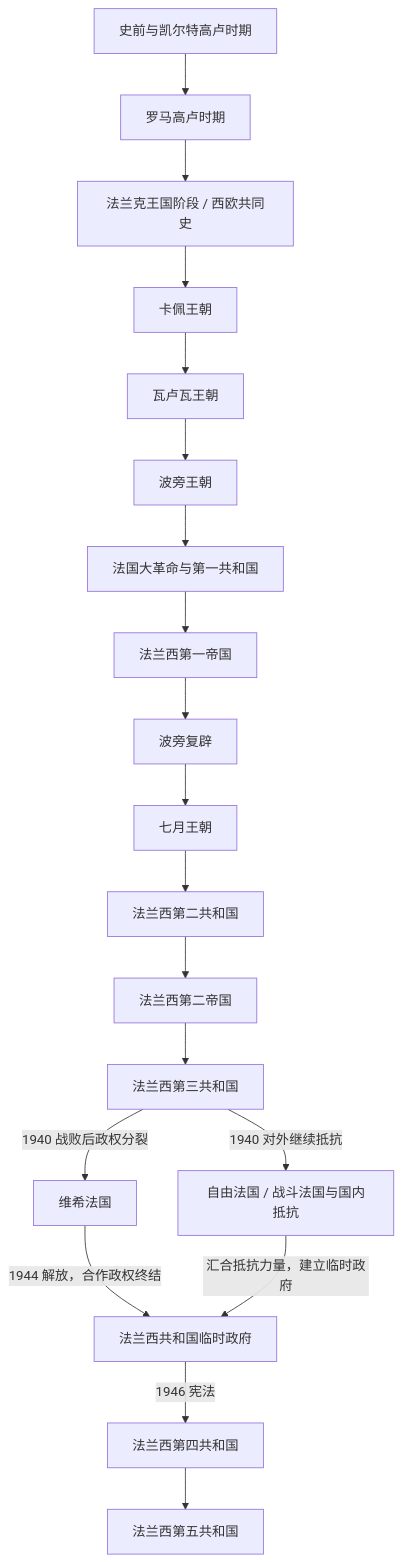
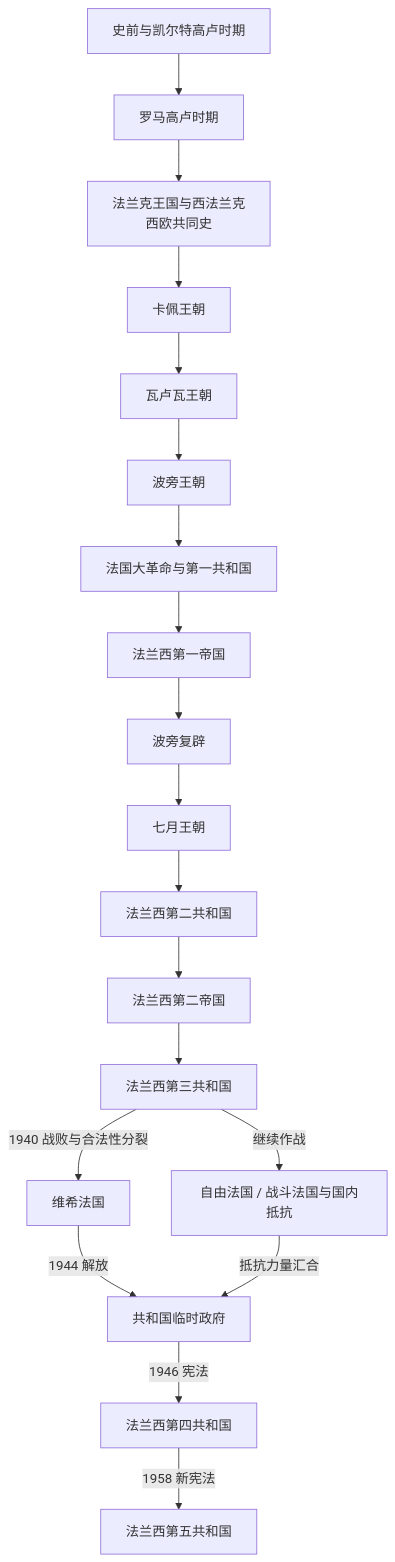
One commit to tianlan-dev/learning-notes changed the diagram in 人文科学/历史/欧洲/法国/README.md. Above: the diagram before and after it, drawn with Mermaid. The commit also changed other lines of this file and 1417 other files, not shown here.

````diff
--- a/人文科学/历史/欧洲/法国/README.md
+++ b/人文科学/历史/欧洲/法国/README.md
@@ -13,39 +13,21 @@
 ```mermaid
 flowchart TD
-    N0["史前与凯尔特高卢时期"]
-    N1["罗马高卢时期"]
-    N2["法兰克王国阶段 / 西欧共同史"]
-    N3["卡佩王朝"]
-    N4["瓦卢瓦王朝"]
-    N5["波旁王朝"]
-    N6["法国大革命与第一共和国"]
-    N7["法兰西第一帝国"]
-    N8["波旁复辟"]
-    N9["七月王朝"]
-    N10["法兰西第二共和国"]
-    N11["法兰西第二帝国"]
-    N12["法兰西第三共和国"]
-    N13V["维希法国"]
-    N13F["自由法国 / 战斗法国与国内抵抗"]
-    N13P["法兰西共和国临时政府"]
-    N14["法兰西第四共和国"]
-    N15["法兰西第五共和国"]
-    N0 --> N1
-    N1 --> N2
-    N2 --> N3
-    N3 --> N4
-    N4 --> N5
-    N5 --> N6
-    N6 --> N7
-    N7 --> N8
-    N8 --> N9
-    N9 --> N10
-    N10 --> N11
-    N11 --> N12
-    N12 -->|1940 战败后政权分裂| N13V
-    N12 -->|1940 对外继续抵抗| N13F
-    N13V -->|1944 解放，合作政权终结| N13P
-    N13F -->|汇合抵抗力量，建立临时政府| N13P
-    N13P -->|1946 宪法| N14
-    N14 --> N15
+    N0["史前与凯尔特高卢时期"] --> N1["罗马高卢时期"]
+    N1 --> N2["法兰克王国与西法兰克<br/>西欧共同史"]
+    N2 --> N3["卡佩王朝"]
+    N3 --> N4["瓦卢瓦王朝"]
+    N4 --> N5["波旁王朝"]
+    N5 --> N6["法国大革命与第一共和国"]
+    N6 --> N7["法兰西第一帝国"]
+    N7 --> N8["波旁复辟"]
+    N8 --> N9["七月王朝"]
+    N9 --> N10["法兰西第二共和国"]
+    N10 --> N11["法兰西第二帝国"]
+    N11 --> N12["法兰西第三共和国"]
+    N12 -->|1940 战败与合法性分裂| N13V["维希法国"]
+    N12 -->|继续作战| N13F["自由法国 / 战斗法国与国内抵抗"]
+    N13V -->|1944 解放| N13P["共和国临时政府"]
+    N13F -->|抵抗力量汇合| N13P
+    N13P -->|1946 宪法| N14["法兰西第四共和国"]
+    N14 -->|1958 新宪法| N15["法兰西第五共和国"]
 ```
````
